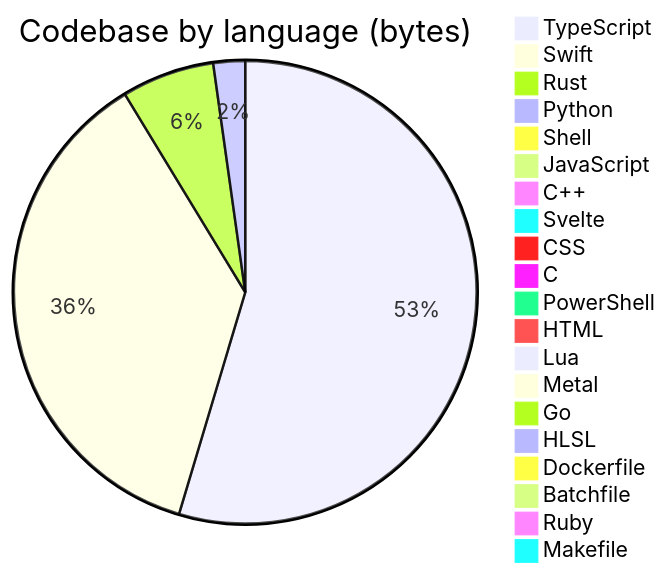
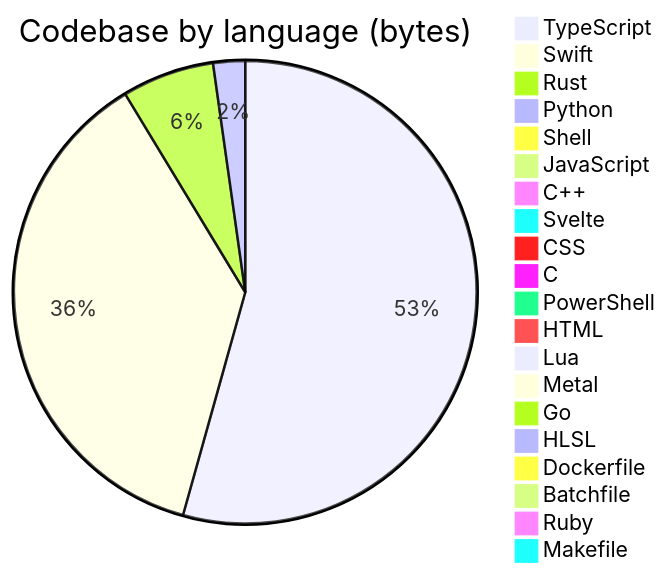
Before and after one commit to Open330/.github: the diagram in profile/README.md, drawn with Mermaid. The commit also changed other lines of this file, not shown here.

````diff
--- a/profile/README.md
+++ b/profile/README.md
@@ -132,23 +132,23 @@
 ```mermaid
 pie title Codebase by language (bytes)
     "TypeScript" : 34829859
-    "Swift" : 23394693
+    "Swift" : 23713852
     "Rust" : 4128908
-    "Python" : 1414709
-    "Shell" : 460764
+    "Python" : 1428423
+    "Shell" : 471596
     "JavaScript" : 408382
     "C++" : 388775
     "Svelte" : 275766
     "CSS" : 152218
     "C" : 118462
     "PowerShell" : 98688
     "HTML" : 92692
     "Lua" : 48814
     "Metal" : 33192
     "Go" : 22811
     "HLSL" : 7527
     "Dockerfile" : 6524
     "Batchfile" : 5660
     "Ruby" : 3229
     "Makefile" : 1307
 ```
````
